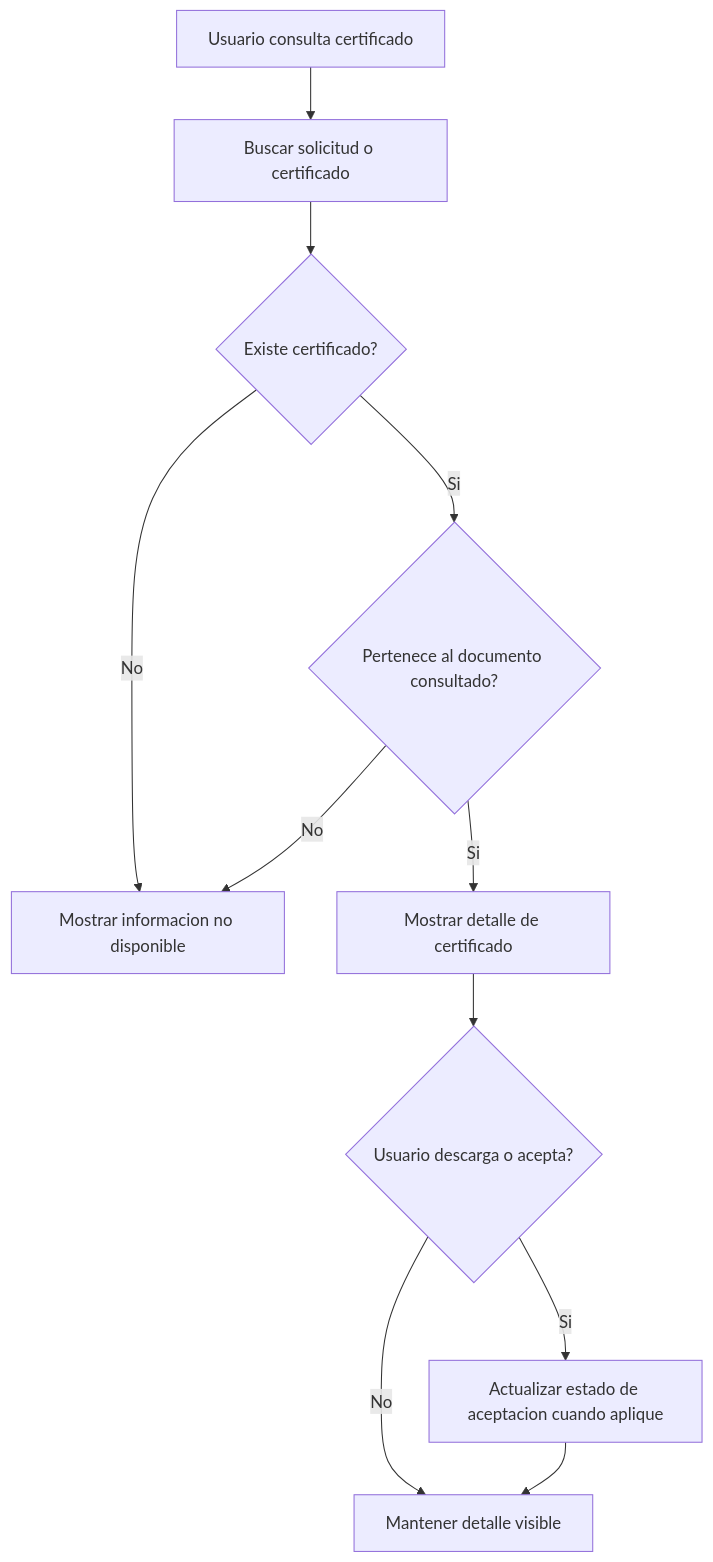
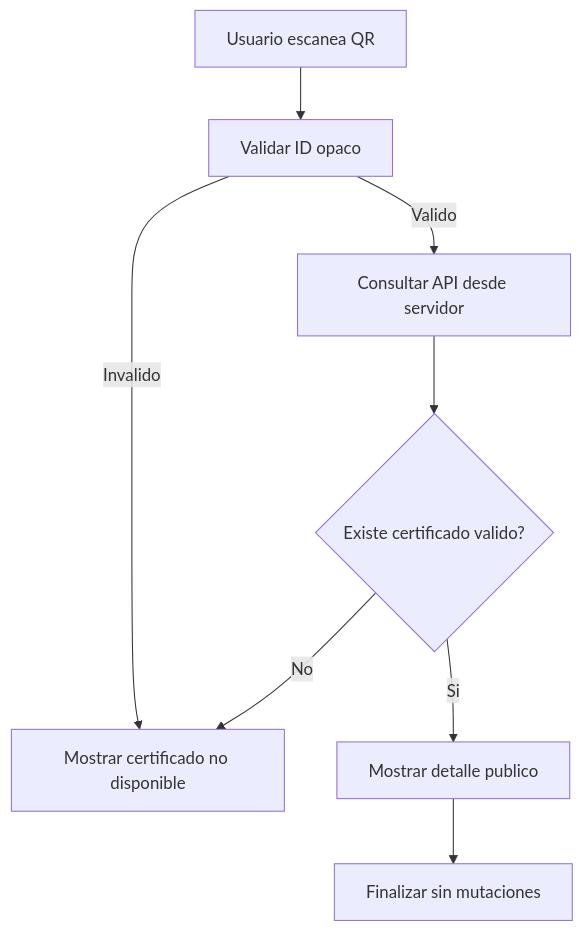
The diagram in docs/requirements/use-cases/consulta-certificado.md (luismiguelgs/ciunac-sol-1.3), drawn with Mermaid before and after one commit. The commit also changed other lines of this file and 293 other files, not shown here.

Commit message:
Refactorización a Clean Architecture

````diff
--- a/docs/requirements/use-cases/consulta-certificado.md
+++ b/docs/requirements/use-cases/consulta-certificado.md
@@ -27,13 +31,10 @@
 ```mermaid
 flowchart TD
-    Start["Usuario consulta certificado"] --> Search["Buscar solicitud o certificado"]
-    Search --> Found{"Existe certificado?"}
-    Found -->|No| Empty["Mostrar informacion no disponible"]
-    Found -->|Si| Owner{"Pertenece al documento consultado?"}
-    Owner -->|No| Empty
-    Owner -->|Si| Detail["Mostrar detalle de certificado"]
-    Detail --> Action{"Usuario descarga o acepta?"}
-    Action -->|No| End["Mantener detalle visible"]
-    Action -->|Si| Update["Actualizar estado de aceptacion cuando aplique"]
-    Update --> End
+    Start["Usuario escanea QR"] --> Validate["Validar ID opaco"]
+    Validate -->|Invalido| Empty["Mostrar certificado no disponible"]
+    Validate -->|Valido| Fetch["Consultar API desde servidor"]
+    Fetch --> Found{"Existe certificado valido?"}
+    Found -->|No| Empty
+    Found -->|Si| Detail["Mostrar detalle publico"]
+    Detail --> End["Finalizar sin mutaciones"]
 ```
````
